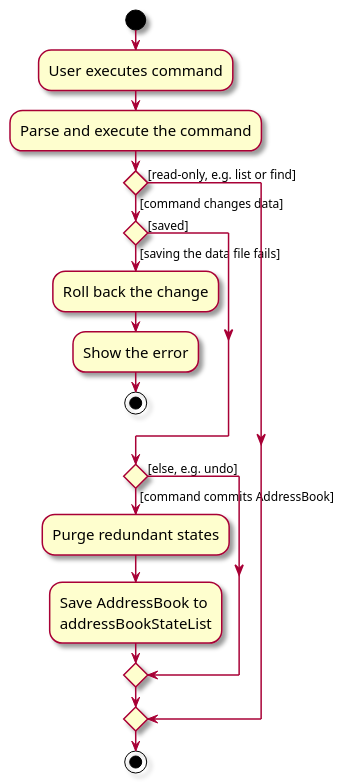
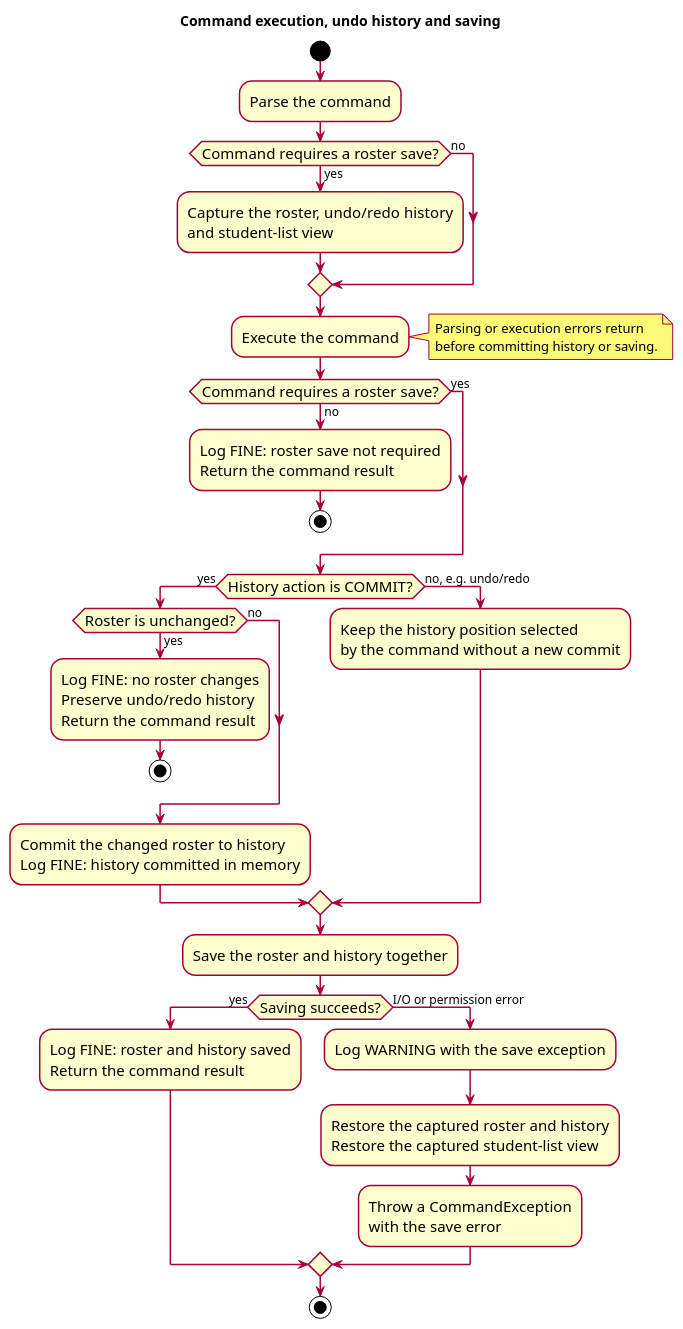
One commit to AY2627S1-CS2103T-F12-4/tp changed the diagram in docs/diagrams/CommitActivityDiagram.puml. Above: the diagram before and after it, drawn with PlantUML. The commit also changed 4 other files, not shown here.

Commit message:
Update undo/save UML and log command save decisions

```diff
--- a/docs/diagrams/CommitActivityDiagram.puml
+++ b/docs/diagrams/CommitActivityDiagram.puml
@@ -1,28 +1,45 @@
 @startuml
 skin rose
 skinparam ActivityFontSize 15
 skinparam ArrowFontSize 12
+skinparam Shadowing false
+title Command execution, undo history and saving
 start
-:User executes command;
-:Parse and execute the command;
+:Parse the command;
+if (Command requires a roster save?) then (yes)
+    :Capture the roster, undo/redo history\nand student-list view;
+else (no)
+endif
+:Execute the command;
+note right
+  Parsing or execution errors return
+  before committing history or saving.
+end note
 
-'Since the beta syntax does not support placing the condition outside the
-'diamond we place it as the true branch instead.
+if (Command requires a roster save?) then (no)
+    :Log FINE: roster save not required\nReturn the command result;
+    stop
+else (yes)
+endif
 
-if () then ([command changes data])
-    if () then ([saving the data file fails])
-        :Roll back the change;
-        :Show the error;
+if (History action is COMMIT?) then (yes)
+    if (Roster is unchanged?) then (yes)
+        :Log FINE: no roster changes\nPreserve undo/redo history\nReturn the command result;
         stop
-    else ([saved])
+    else (no)
     endif
-    if () then ([command commits AddressBook])
-        :Purge redundant states;
-        :Save AddressBook to
-        addressBookStateList;
-    else ([else, e.g. undo])
-    endif
-else ([read-only, e.g. list or find])
+    :Commit the changed roster to history\nLog FINE: history committed in memory;
+else (no, e.g. undo/redo)
+    :Keep the history position selected\nby the command without a new commit;
+endif
+
+:Save the roster and history together;
+if (Saving succeeds?) then (yes)
+    :Log FINE: roster and history saved\nReturn the command result;
+else (I/O or permission error)
+    :Log WARNING with the save exception;
+    :Restore the captured roster and history\nRestore the captured student-list view;
+    :Throw a CommandException\nwith the save error;
 endif
 stop
 @enduml
```
